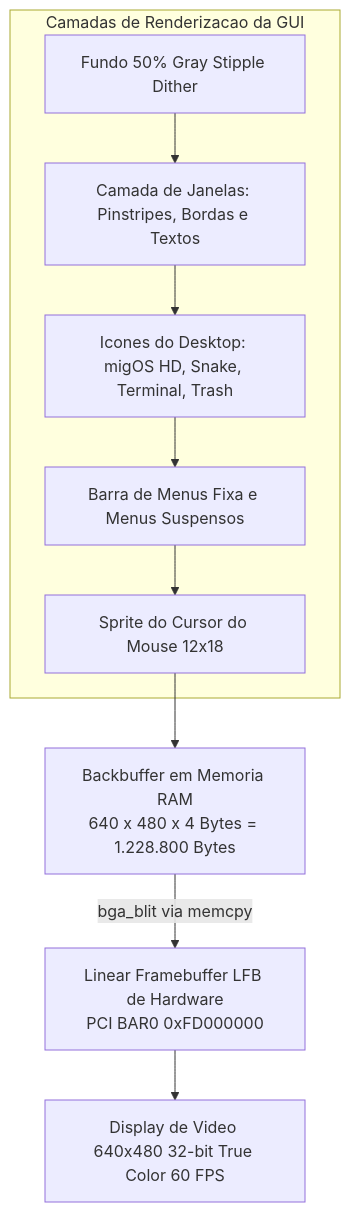
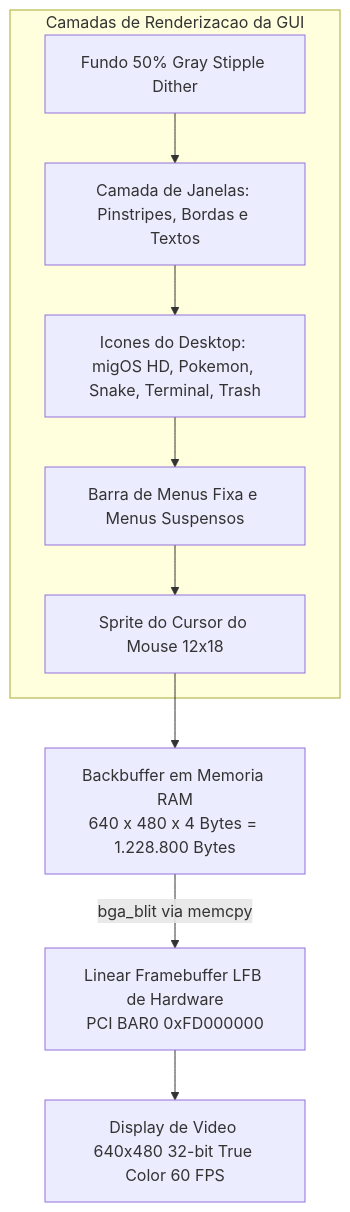
One commit to miguelGoncalvss/MigSO changed the seventh of 8 diagrams in README.md. Above: the diagram before and after it, drawn with Mermaid. The commit also changed other lines of this file and 8 other files, not shown here.

````diff
--- a/README.md
+++ b/README.md
@@ -597,13 +784,13 @@
 ```mermaid
 flowchart TD
     subgraph Camadas de Renderizacao da GUI
         L1[Fundo 50% Gray Stipple Dither] --> L2[Camada de Janelas: Pinstripes, Bordas e Textos]
-        L2 --> L3[Icones do Desktop: migOS HD, Snake, Terminal, Trash]
+        L2 --> L3[Icones do Desktop: migOS HD, Pokemon, Snake, Terminal, Trash]
         L3 --> L4[Barra de Menus Fixa e Menus Suspensos]
         L4 --> L5[Sprite do Cursor do Mouse 12x18]
     end
 
     L5 --> B[Backbuffer em Memoria RAM<br/>640 x 480 x 4 Bytes = 1.228.800 Bytes]
     B -->|bga_blit via memcpy| C[Linear Framebuffer LFB de Hardware<br/>PCI BAR0 0xFD000000]
     C --> D[Display de Video 640x480 32-bit True Color 60 FPS]
 ```
````
